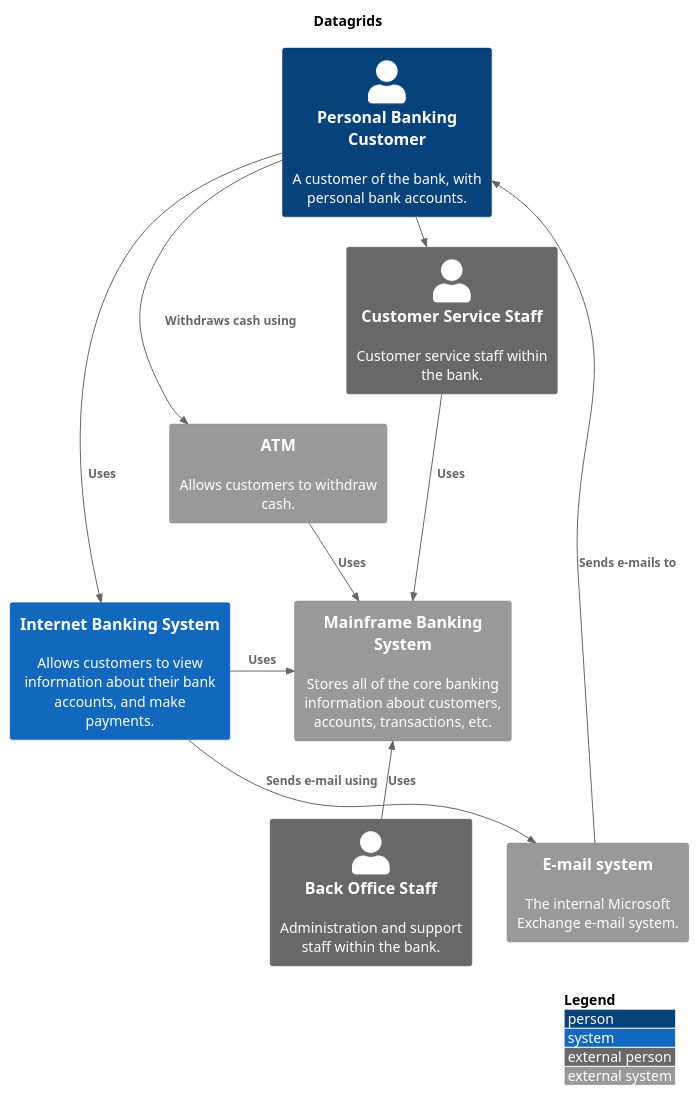
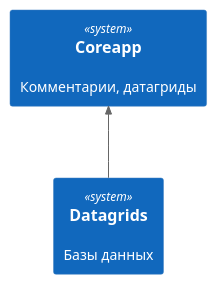
One commit to lulya31/some changed the diagram in static/05_01_01_03_img/datagrids.puml. Above: the diagram before and after it, drawn with PlantUML. The commit also changed other lines of this file and 60 other files, not shown here.

```diff
--- a/static/05_01_01_03_img/datagrids.puml
+++ b/static/05_01_01_03_img/datagrids.puml
@@ -4,50 +4,34 @@
 @startuml
 
 '!include https://raw.githubusercontent.com/plantuml-stdlib/C4-PlantUML/master/C4_Context.puml
 
 ' uncomment the following line and comment the first to use locally
 ' !include C4_Context.puml
 
 !include static/includes/c4_context.puml
+!include static/includes/c4_container.puml
 
-skinparam svgLinkTarget _blank
+'left to right direction
 
-'LAYOUT_TOP_DOWN()
+'skinparam svgLinkTarget _blank
+skinparam backgroundcolor transparent
+
+<style>
+System {
+    MinimumWidth 300
+    MinimumHeight 150
+}
+</style>
+
+LAYOUT_TOP_DOWN()
 
 'LAYOUT_AS_SKETCH()
+'LAYOUT_WITH_LEGEND()
+'LAYOUT_LANDSCAPE()
 
-LAYOUT_WITH_LEGEND()
+System(coreapp, "Coreapp", "Комментарии, датагриды", $link="/05_c4/01_core/01_coreapp/")
+System(datagrids, "Datagrids", "Базы данных")
 
-title Datagrids
+Rel_U(datagrids, coreapp, "")
 
-Person(customer, Personal Banking Customer, "A customer of the bank, with personal bank accounts.", $link="https://github.com/plantuml-stdlib/C4-PlantUML")
-
-'Enterprise_Boundary(c0, "Big Bank plc") {
-    System(banking_system, "Internet Banking System", "Allows customers to view information about their bank accounts, and make payments.")
-
-    System_Ext(atm, "ATM", "Allows customers to withdraw cash.")
-    System_Ext(mail_system, "E-mail system", "The internal Microsoft Exchange e-mail system.")
-
-    System_Ext(mainframe, "Mainframe Banking System", "Stores all of the core banking information about customers, accounts, transactions, etc.")
-
-    Person_Ext(customer_service, "Customer Service Staff", "Customer service staff within the bank.")
-    Person_Ext(back_office, "Back Office Staff", "Administration and support staff within the bank.")
-'}
-
-Rel_Neighbor(customer, banking_system, "Uses")
-Rel_R(customer, atm, "Withdraws cash using")
-Rel_Back(customer, mail_system, "Sends e-mails to")
-
-Rel_R(customer, customer_service, "Asks questions to", "Telephone")
-
-Rel_D(banking_system, mail_system, "Sends e-mail using")
-Rel_R(atm, mainframe, "Uses")
-Rel_R(banking_system, mainframe, "Uses")
-Rel_D(customer_service, mainframe, "Uses")
-Rel_U(back_office, mainframe, "Uses")
-
-Lay_D(atm, banking_system)
-
-Lay_D(atm, customer)
-Lay_U(mail_system, customer)
 @enduml
```
